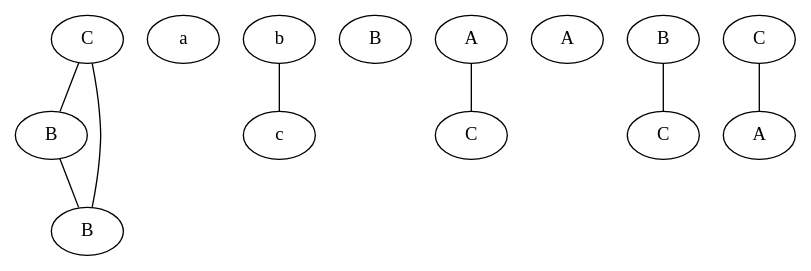
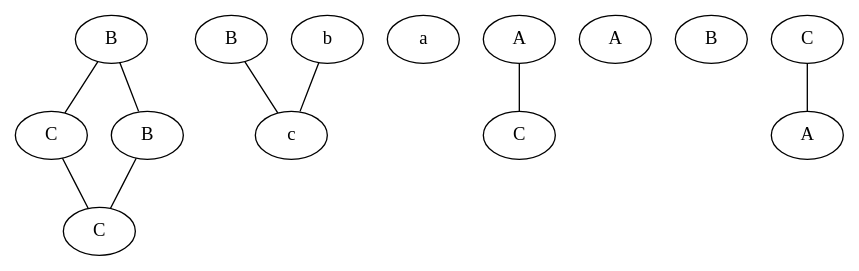
One commit to peep-hole/TiAG-Project changed the diagram in Epoch11.gv. Above: the diagram before and after it, drawn with Graphviz. The commit also changed 10 other files, not shown here.

```diff
--- a/Epoch11.gv
+++ b/Epoch11.gv
@@ -1,23 +1,24 @@
 strict graph G {
-  6 [ label="C" ];
+  1 [ label="B" ];
+  2 [ label="C" ];
+  3 [ label="B" ];
+  4 [ label="C" ];
   7 [ label="B" ];
-  8 [ label="B" ];
   5 [ label="a" ];
-  3 [ label="b" ];
-  4 [ label="c" ];
-  9 [ label="B" ];
+  8 [ label="b" ];
+  6 [ label="c" ];
   0 [ label="A" ];
   10 [ label="C" ];
   11 [ label="A" ];
-  1 [ label="B" ];
+  9 [ label="B" ];
   12 [ label="C" ];
-  2 [ label="C" ];
   13 [ label="A" ];
-  6 -- 7;
-  7 -- 8;
+  1 -- 2;
+  3 -- 4;
+  1 -- 3;
+  2 -- 4;
+  7 -- 6;
   8 -- 6;
-  3 -- 4;
   0 -- 10;
-  1 -- 12;
-  2 -- 13;
+  12 -- 13;
 }
```
